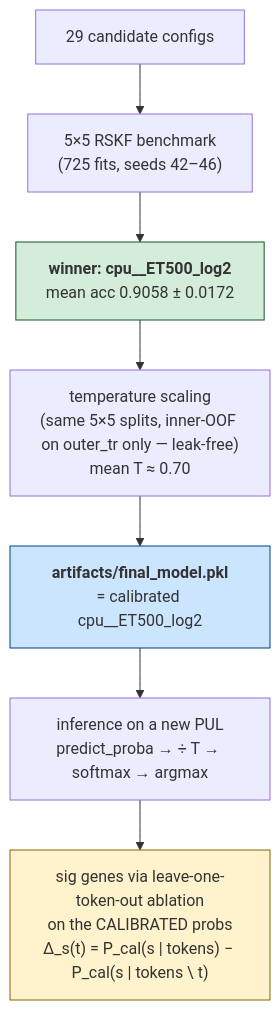
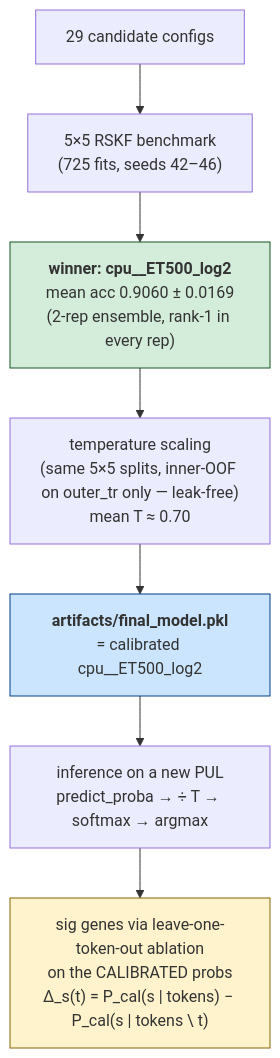
One commit to vedpiyush93-stack/subFinder_May_Release changed the diagram in README.md. Above: the diagram before and after it, drawn with Mermaid. The commit also changed other lines of this file and 2 other files, not shown here.

````diff
--- a/README.md
+++ b/README.md
@@ -29,12 +31,12 @@
 ```mermaid
 flowchart TD
     A[29 candidate configs] --> B["5×5 RSKF benchmark<br/>(725 fits, seeds 42–46)"]
-    B --> C["<b>winner: cpu__ET500_log2</b><br/>mean acc 0.9058 ± 0.0172"]
+    B --> C["<b>winner: cpu__ET500_log2</b><br/>mean acc 0.9060 ± 0.0169<br/>(2-rep ensemble, rank-1 in every rep)"]
     C --> D["temperature scaling<br/>(same 5×5 splits, inner-OOF on outer_tr only — leak-free)<br/>mean T ≈ 0.70"]
     D --> E["<b>artifacts/final_model.pkl</b><br/>= calibrated cpu__ET500_log2"]
     E --> F["inference on a new PUL<br/>predict_proba → ÷ T → softmax → argmax"]
     F --> G["sig genes via leave-one-token-out ablation<br/>on the CALIBRATED probs<br/>Δ_s(t) = P_cal(s | tokens) − P_cal(s | tokens \ t)"]
     style C fill:#d4edda,stroke:#155724
     style E fill:#cce5ff,stroke:#004085
     style G fill:#fff3cd,stroke:#856404
 ```
````
